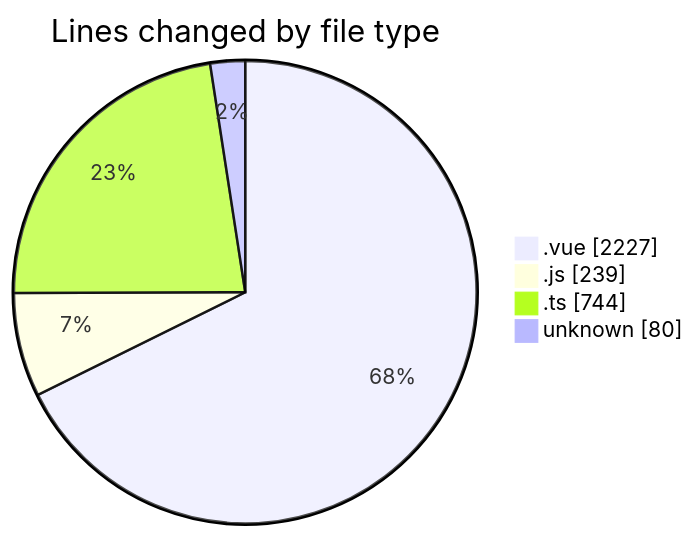
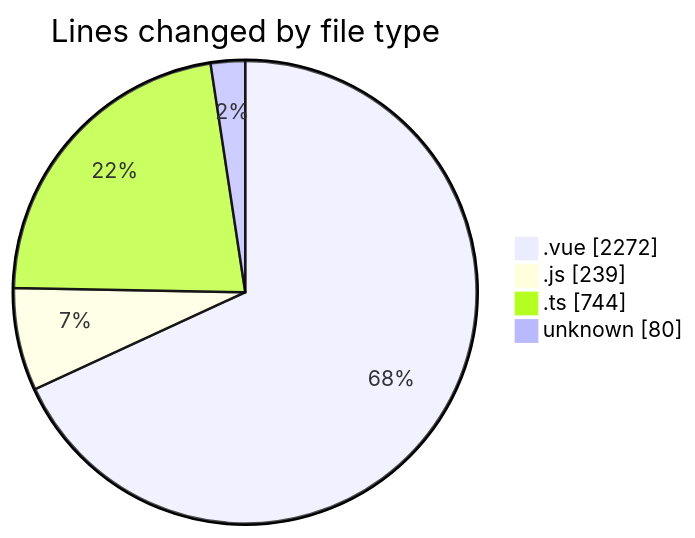
One commit to lephambinh05/code-tracking changed the first of 2 diagrams in 2025-08-11/rentotp/README.md. Above: the diagram before and after it, drawn with Mermaid. The commit also changed other lines of this file and 1 other file, not shown here.

````diff
--- a/2025-08-11/rentotp/README.md
+++ b/2025-08-11/rentotp/README.md
@@ -36,8 +36,8 @@
 ```mermaid
 pie showData
 title Lines changed by file type
-".vue" : 2227
+".vue" : 2272
 ".js" : 239
 ".ts" : 744
 "unknown" : 80
 ```
````
